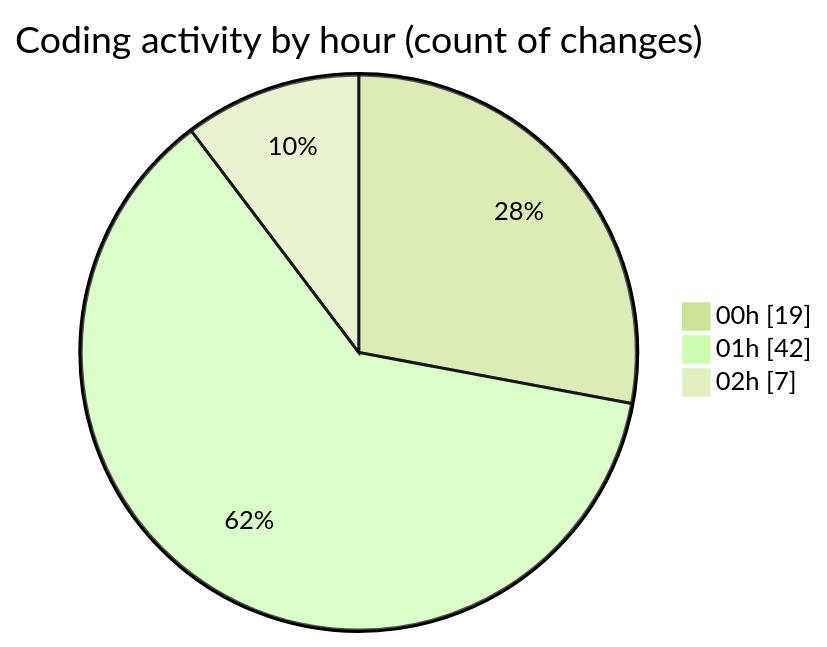
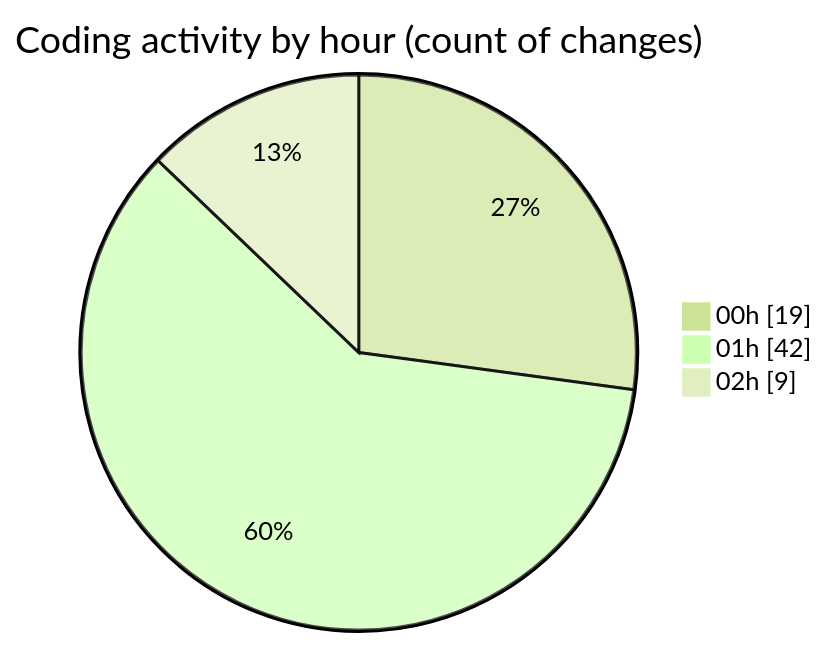
The second of 2 diagrams in 2025-02-23/pdf-analysis-app/README.md (momahboobian/code-tracking), drawn with Mermaid (forest theme) before and after one commit. The commit also changed other lines of this file and 1 other file, not shown here.

````diff
--- a/2025-02-23/pdf-analysis-app/README.md
+++ b/2025-02-23/pdf-analysis-app/README.md
@@ -43,7 +43,7 @@
 ```mermaid
 pie showData
 title Coding activity by hour (count of changes)
 "00h" : 19
 "01h" : 42
-"02h" : 7
+"02h" : 9
 ```
````
